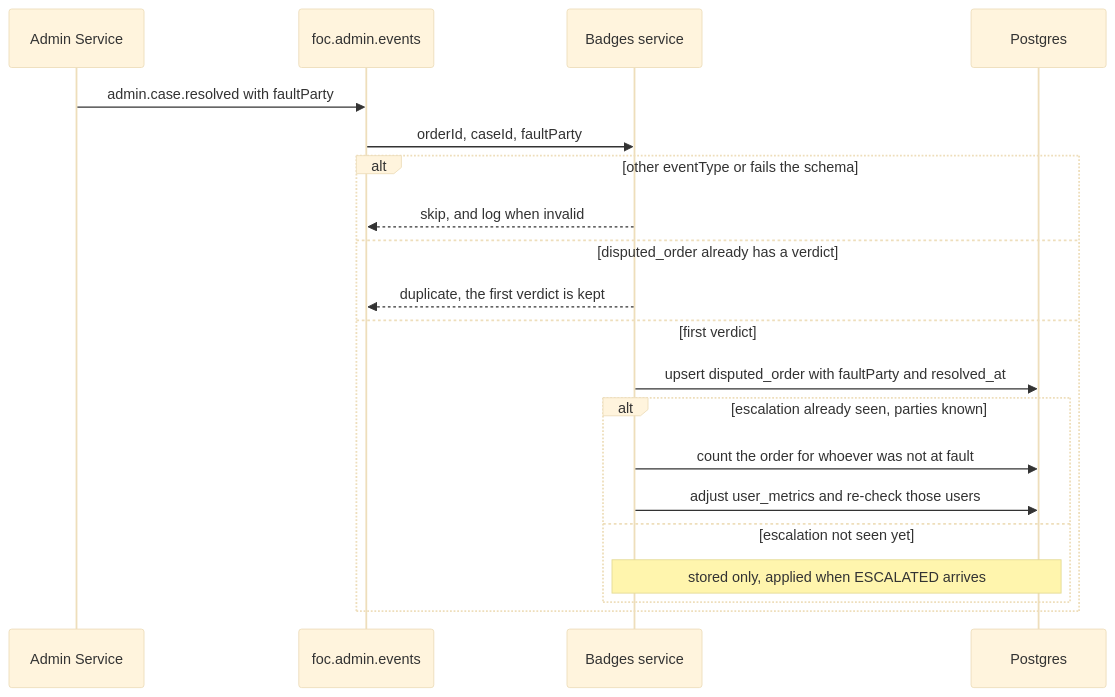
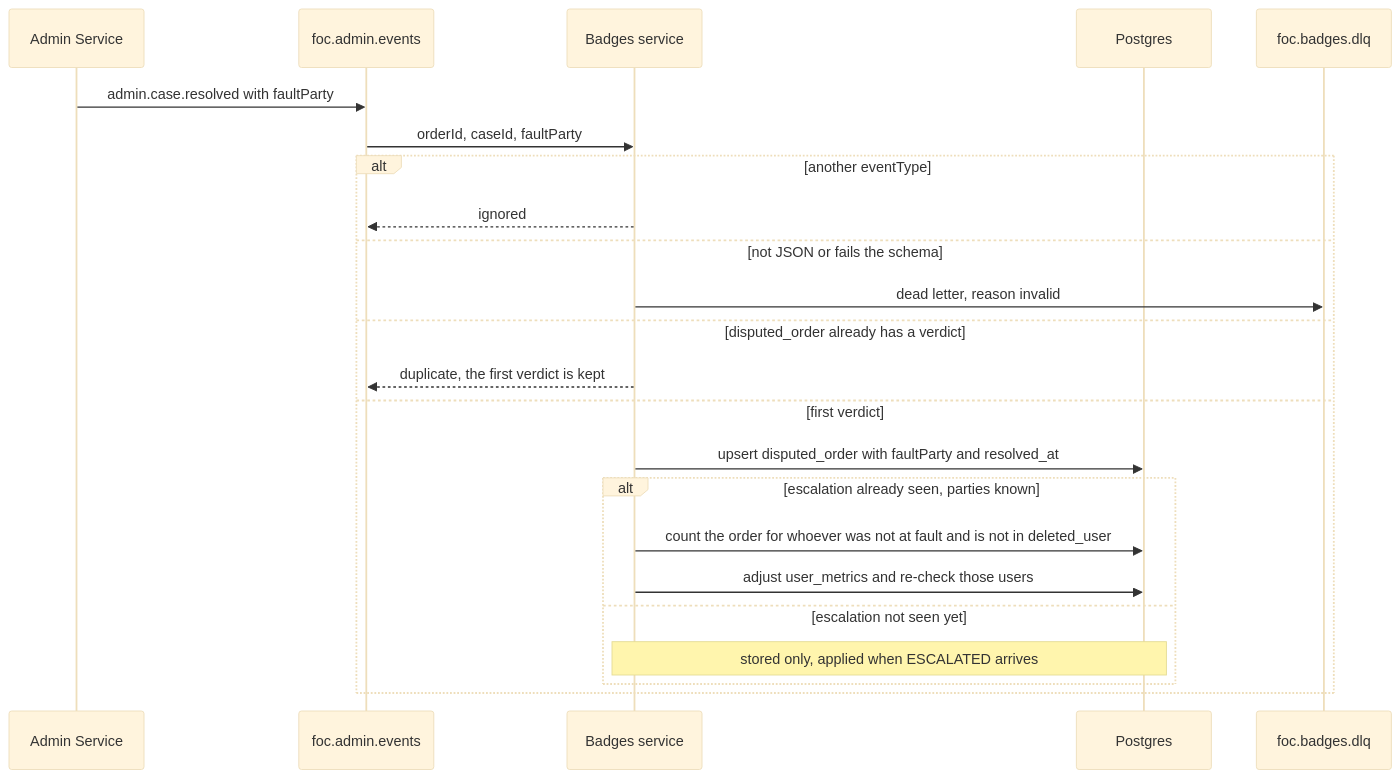
The diagram in badges-service/docs/seq-admin-verdict.mmd (CS3219-AY2627S1/FoC-Template), drawn with Mermaid (base theme) before and after one commit. The commit also changed 13 other files, not shown here.

```diff
--- a/badges-service/docs/seq-admin-verdict.mmd
+++ b/badges-service/docs/seq-admin-verdict.mmd
@@ -1,21 +1,24 @@
 sequenceDiagram
     participant Admin as Admin Service
     participant Kafka as foc.admin.events
     participant Badges as Badges service
     participant DB as Postgres
+    participant DLQ as foc.badges.dlq
 
     Admin->>Kafka: admin.case.resolved with faultParty
     Kafka->>Badges: orderId, caseId, faultParty
-    alt other eventType or fails the schema
-        Badges-->>Kafka: skip, and log when invalid
+    alt another eventType
+        Badges-->>Kafka: ignored
+    else not JSON or fails the schema
+        Badges->>DLQ: dead letter, reason invalid
     else disputed_order already has a verdict
         Badges-->>Kafka: duplicate, the first verdict is kept
     else first verdict
         Badges->>DB: upsert disputed_order with faultParty and resolved_at
         alt escalation already seen, parties known
-            Badges->>DB: count the order for whoever was not at fault
+            Badges->>DB: count the order for whoever was not at fault and is not in deleted_user
             Badges->>DB: adjust user_metrics and re-check those users
         else escalation not seen yet
             Note over Badges,DB: stored only, applied when ESCALATED arrives
         end
     end
```
